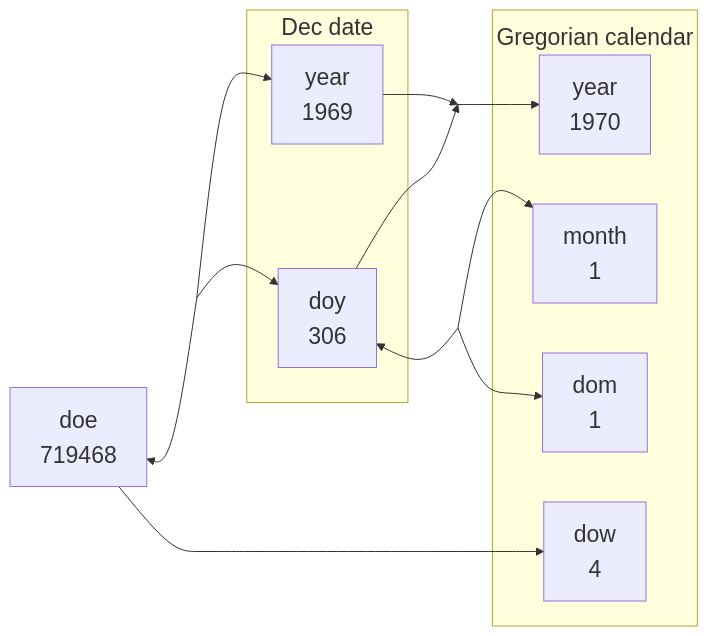
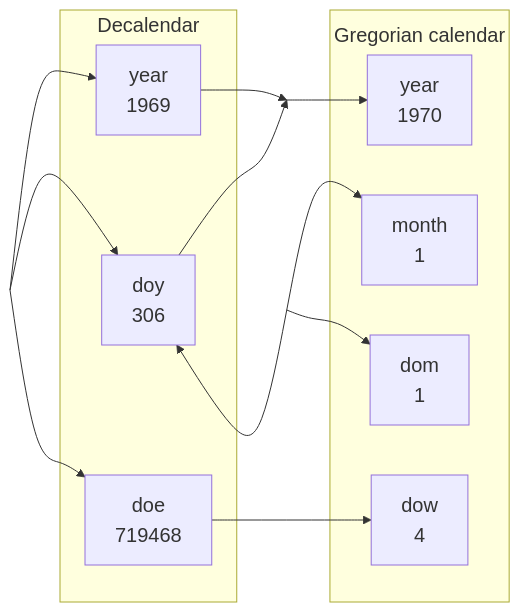
One commit to maptv/maptv.github.io changed the fourth of 5 diagrams in dec/date/index.qmd. Above: the diagram before and after it, drawn with Mermaid. The commit also changed other lines of this file and 5 other files, not shown here.

````diff
--- a/dec/date/index.qmd
+++ b/dec/date/index.qmd
@@ -543,33 +549,36 @@
 ```{mermaid}
-%%{init: {'theme': 'default', 'themeVariables': { 'fontSize': '23px'}}}%%
+%%{init: {'theme': 'default', 'themeVariables': { 'fontSize': '20px'}}}%%
 flowchart LR
-   A[doe<br>719468]~~~C[  ]:::empty-->A
+   C[  ]:::empty-->A
    D[year<br>1969]~~~C-->D
    E[doy<br>306]~~~C-->E
+   A[doe<br>719468]~~~C
    D-->K[  ]:::empty
    E-->K
    E~~~L[  ]:::empty-->E
-   subgraph decdate[Dec date]
+   subgraph decdate[Decalendar]
+   A
    D
    E
    end
    K-->F[year<br>1970]
    G[month<br>1]~~~L-->G
    H[dom<br>1]~~~L-->H
    A-->B[dow<br>4]
    subgraph gregdate[Gregorian calendar]
    B
    F
    G
    H
    end
    classDef empty width:0px;
-   style gregdate y:8px;
+   style gregdate y:8px,height:592px;
+   style decdate height:592px;
    click A "#doe"
    click B "#dow"
    click D "#yoe"
    click E "#doy"
    click F "#yoe"
    click G "#moy"
    click H "#dom"
 ```
````
